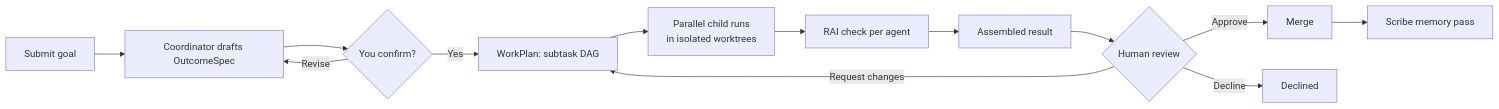
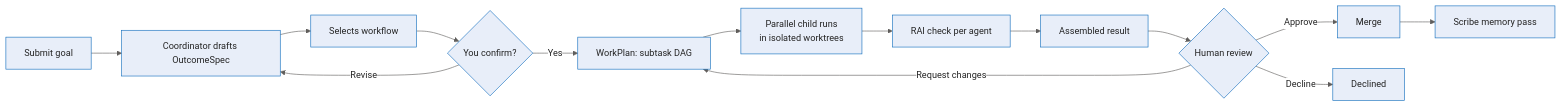
One commit to sabbour/agentweaver changed the diagram in docs/guide/index.md. Above: the diagram before and after it, drawn with Mermaid. The commit also changed other lines of this file and 4 other files, not shown here.

````diff
--- a/docs/guide/index.md
+++ b/docs/guide/index.md
@@ -33,15 +30,17 @@
 ```mermaid
+%%{init: {'theme':'base','themeVariables':{'fontFamily':'Segoe UI, system-ui, -apple-system, sans-serif','fontSize':'15px','primaryColor':'#E8EEF9','primaryBorderColor':'#0F6CBD','primaryTextColor':'#242424','lineColor':'#605E5C','clusterBkg':'#FAF9F8','clusterBorder':'#D2D0CE','edgeLabelBackground':'#FFFFFF'}}}%%
 flowchart LR
     A[Submit goal] --> B[Coordinator drafts OutcomeSpec]
-    B --> C{You confirm?}
+    B --> W[Selects workflow]
+    W --> C{You confirm?}
     C -- Yes --> D[WorkPlan: subtask DAG]
     C -- Revise --> B
     D --> E[Parallel child runs\nin isolated worktrees]
     E --> F[RAI check per agent]
     F --> G[Assembled result]
     G --> H{Human review}
     H -- Approve --> I[Merge]
     H -- Request changes --> D
     H -- Decline --> J[Declined]
     I --> K[Scribe memory pass]
 ```
````
